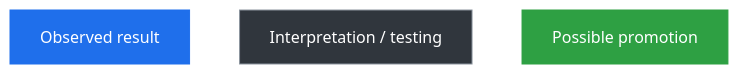
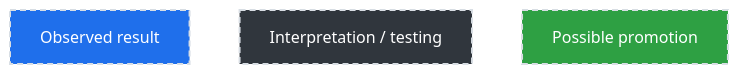
The ninth of 10 diagrams in Simplified_Framework/WHY_THIS_IS_NOT_A_THEORY_OF_EVERYTHING_YET.md (cameron467/The-Unbreakable-Law), drawn with Mermaid (neutral theme) before and after one commit. The commit also changed other lines of this file, not shown here.

````diff
--- a/Simplified_Framework/WHY_THIS_IS_NOT_A_THEORY_OF_EVERYTHING_YET.md
+++ b/Simplified_Framework/WHY_THIS_IS_NOT_A_THEORY_OF_EVERYTHING_YET.md
@@ -502,18 +492,18 @@
 ```mermaid
 flowchart LR
 
     A["Observed result"]
     B["Interpretation / testing"]
     C["Possible promotion"]
 
     A ~~~ B
     B ~~~ C
 
-    classDef observed fill:#1f6feb,stroke:#1f6feb,color:#ffffff;
-    classDef uncertain fill:#30363d,stroke:#8b949e,color:#ffffff;
-    classDef promoted fill:#2ea043,stroke:#2ea043,color:#ffffff;
+    classDef observed fill:#1f6feb,stroke:#d8dee4,stroke-width:2px,stroke-dasharray:6 4,color:#ffffff;
+    classDef uncertain fill:#30363d,stroke:#d8dee4,stroke-width:2px,stroke-dasharray:6 4,color:#ffffff;
+    classDef promoted fill:#2ea043,stroke:#d8dee4,stroke-width:2px,stroke-dasharray:6 4,color:#ffffff;
 
     class A observed;
     class B uncertain;
     class C promoted;
 ```
````
